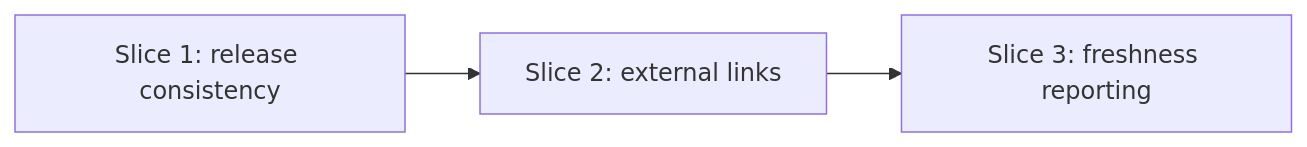
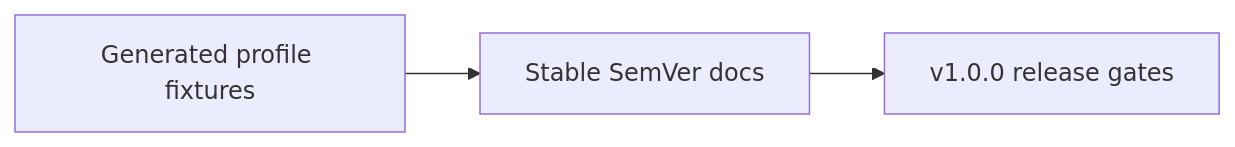
Before and after one commit to swanson-dev/Repo-Standards-Kit: the diagram in docs/05-implementation-plan.md, drawn with Mermaid. The commit also changed other lines of this file and 21 other files, not shown here.

````diff
--- a/docs/05-implementation-plan.md
+++ b/docs/05-implementation-plan.md
@@ -69,5 +93,5 @@
 ```mermaid
 flowchart LR
-  S1[Slice 1: release consistency] --> S2[Slice 2: external links]
-  S2 --> S3[Slice 3: freshness reporting]
+  V1[Generated profile fixtures] --> V2[Stable SemVer docs]
+  V2 --> V3[v1.0.0 release gates]
 ```
````
